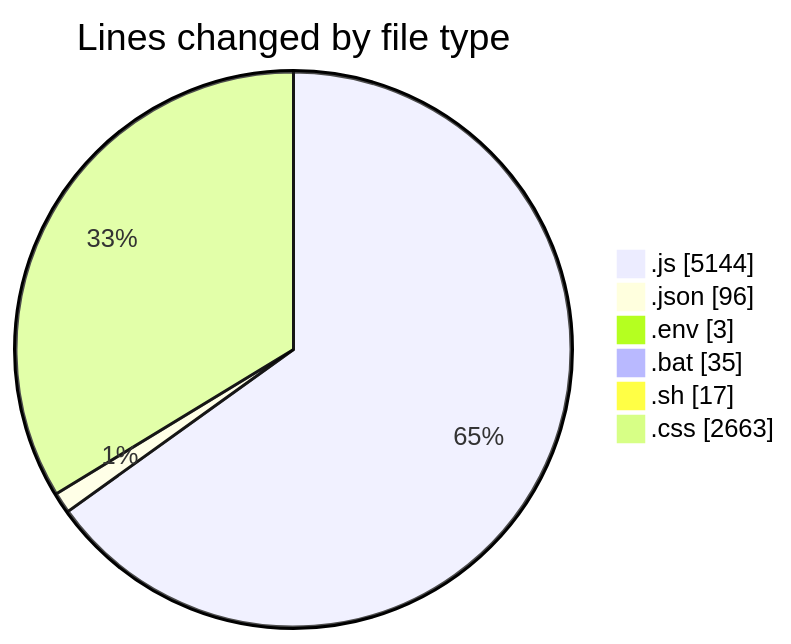
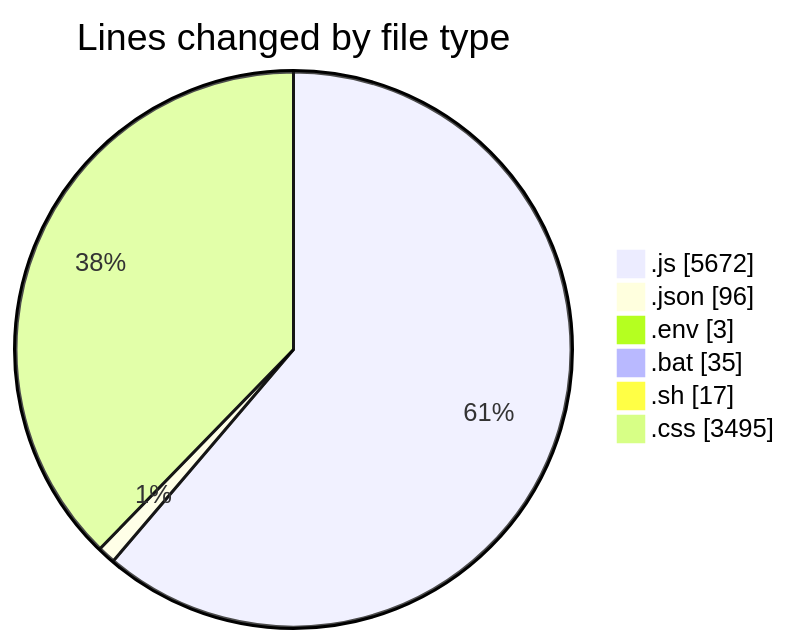
One commit to lephambinh05/code-tracking changed the first of 2 diagrams in 2025-07-19/eduwallet-main/README.md. Above: the diagram before and after it, drawn with Mermaid. The commit also changed other lines of this file and 1 other file, not shown here.

````diff
--- a/2025-07-19/eduwallet-main/README.md
+++ b/2025-07-19/eduwallet-main/README.md
@@ -58,10 +68,10 @@
 ```mermaid
 pie showData
 title Lines changed by file type
-".js" : 5144
+".js" : 5672
 ".json" : 96
 ".env" : 3
 ".bat" : 35
 ".sh" : 17
-".css" : 2663
+".css" : 3495
 ```
````
